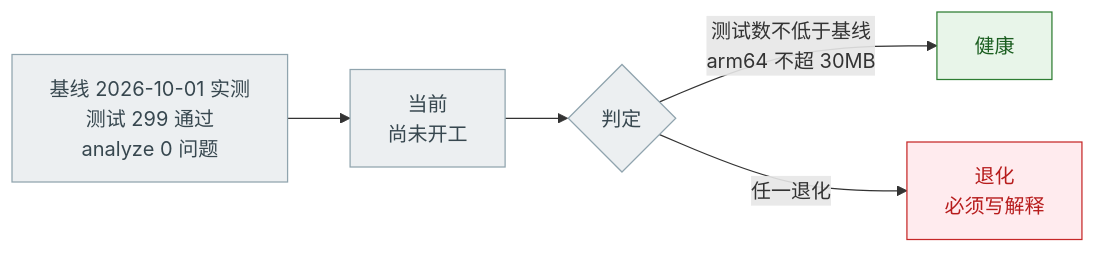
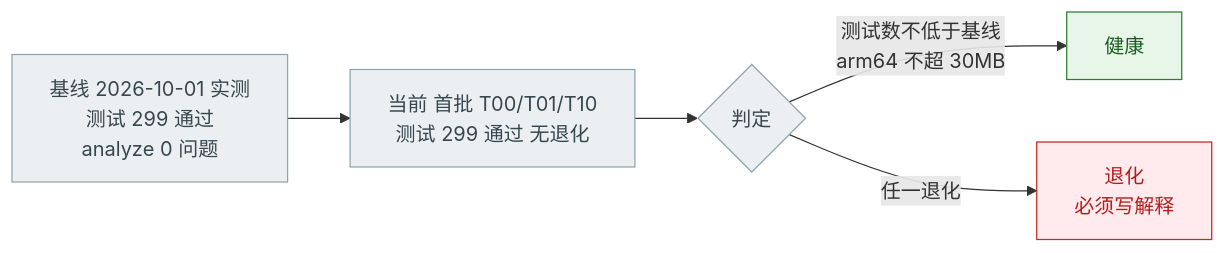
One commit to Shadoso-w/BeanClick changed the fifth of 5 diagrams in docs/agent-teams/PROGRESS.md. Above: the diagram before and after it, drawn with Mermaid. The commit also changed other lines of this file, not shown here.

````diff
--- a/docs/agent-teams/PROGRESS.md
+++ b/docs/agent-teams/PROGRESS.md
@@ -231,14 +234,14 @@
 ```mermaid
 flowchart LR
-    B["基线 2026-10-01 实测<br/>测试 299 通过<br/>analyze 0 问题"] --> C["当前<br/>尚未开工"]
+    B["基线 2026-10-01 实测<br/>测试 299 通过<br/>analyze 0 问题"] --> C["当前 首批 T00/T01/T10<br/>测试 299 通过 无退化"]
     C --> J{"判定"}
     J -->|"测试数不低于基线<br/>arm64 不超 30MB"| OK["健康"]
     J -->|"任一退化"| BAD["退化<br/>必须写解释"]
 
     classDef todo fill:#eceff1,stroke:#90a4ae,color:#37474f
     classDef done fill:#e8f5e9,stroke:#2e7d32,color:#1b5e20
     classDef blocked fill:#ffebee,stroke:#c62828,color:#b71c1c
     class B,C,J todo
     class OK done
     class BAD blocked
 ```
````
